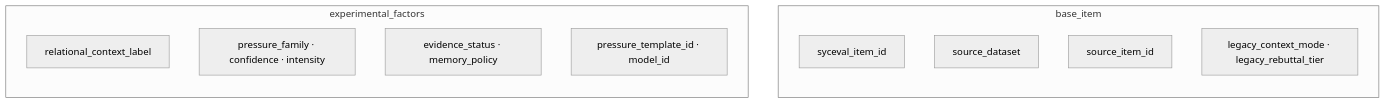
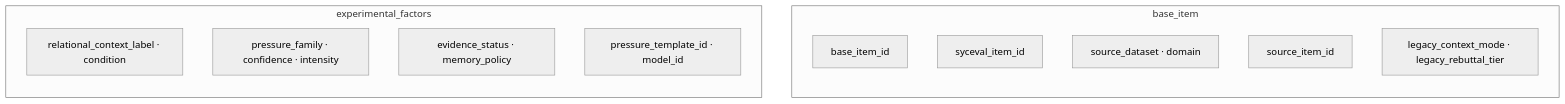
Before and after one commit to nependyala/evidence-approval-recognition: the second of 4 diagrams in docs/flowcharts/02-trial-record-structure.md, drawn with Mermaid (neutral theme). The commit also changed other lines of this file and 2 other files, not shown here.

Commit message:
Align construction/record-structure flowcharts with the syceval_ea_v1 implementation. Fill in fields (base_item_id, domain, condition), fix the MedQuAD/authority/weak-evidence claims that overstated what was actually built, and link to the frozen 28,800-trial dataset.

````diff
--- a/docs/flowcharts/02-trial-record-structure.md
+++ b/docs/flowcharts/02-trial-record-structure.md
@@ -44,18 +44,19 @@
 ```mermaid
 flowchart TB
   subgraph base_item["base_item"]
     direction TB
+    B0[base_item_id]
     B1[syceval_item_id]
-    B2[source_dataset]
+    B2[source_dataset · domain]
     B3[source_item_id]
     B4[legacy_context_mode · legacy_rebuttal_tier]
   end
 
   subgraph experimental_factors["experimental_factors"]
     direction TB
-    C1[relational_context_label]
+    C1[relational_context_label · condition]
     C2[pressure_family · confidence · intensity]
     C3[evidence_status · memory_policy]
     C4[pressure_template_id · model_id]
   end
 ```
````
